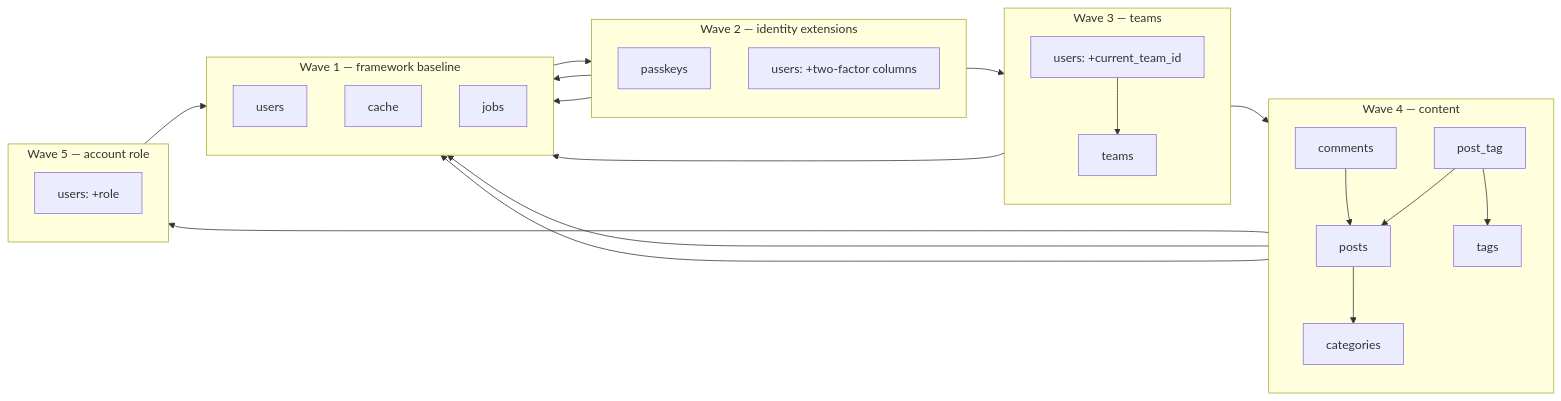
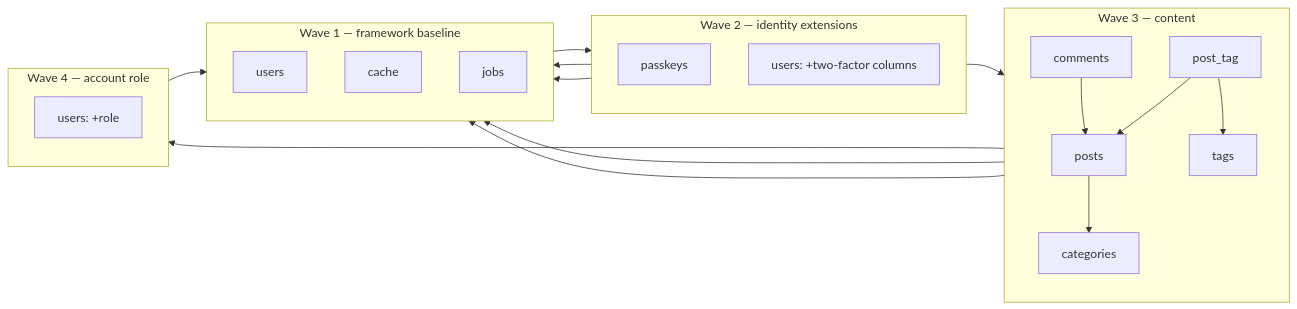
One commit to shamimwhois/shamim changed the fifth of 5 diagrams in docs/ERD.md. Above: the diagram before and after it, drawn with Mermaid. The commit also changed other lines of this file and 90 other files, not shown here.

First line of the commit message:
refactor(routing): remove the team feature and adopt role-owned route spaces

````diff
--- a/docs/ERD.md
+++ b/docs/ERD.md
@@ -457,41 +422,34 @@
 ```mermaid
 flowchart LR
     subgraph W1["Wave 1 — framework baseline"]
         direction TB
         U[users]
         CA[cache]
         J[jobs]
     end
 
     subgraph W2["Wave 2 — identity extensions"]
         direction TB
         PK[passkeys] --> U
         TFA["users: +two-factor columns"] --> U
     end
 
-    subgraph W3["Wave 3 — teams"]
-        direction TB
-        TE[teams]
-        CT["users: +current_team_id"] --> U
-        CT --> TE
-    end
-
-    subgraph W4["Wave 4 — content"]
+    subgraph W3["Wave 3 — content"]
         direction TB
         C1[categories]
         T[tags]
         P[posts] --> U
         P --> C1
         PT[post_tag] --> P
         PT --> T
         C[comments] --> P
         C --> U
     end
 
-    subgraph W5["Wave 5 — account role"]
+    subgraph W4["Wave 4 — account role"]
         direction TB
         R["users: +role"] --> U
     end
 
-    W1 --> W2 --> W3 --> W4 --> W5
+    W1 --> W2 --> W3 --> W4
 ```
````
